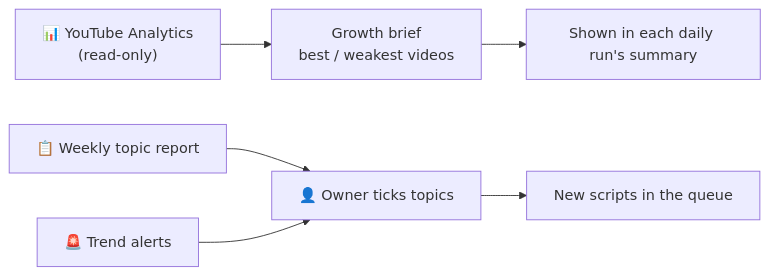
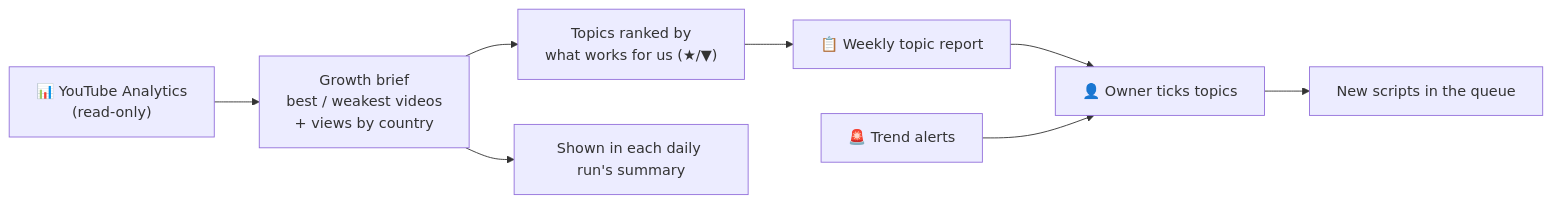
The sixth of 6 diagrams in docs/HOW_IT_WORKS.md (ambujkhanna/The-CurioKids-Club), drawn with Mermaid before and after one commit. The commit also changed other lines of this file and 4 other files, not shown here.

````diff
--- a/docs/HOW_IT_WORKS.md
+++ b/docs/HOW_IT_WORKS.md
@@ -132,8 +133,10 @@
 ```mermaid
 flowchart LR
-    YTA["📊 YouTube Analytics<br/>(read-only)"] --> GB["Growth brief<br/>best / weakest videos"]
+    YTA["📊 YouTube Analytics<br/>(read-only)"] --> GB["Growth brief<br/>best / weakest videos<br/>+ views by country"]
+    GB --> RANK["Topics ranked by<br/>what works for us (★/▼)"]
+    RANK --> RAD
     GB --> SUM["Shown in each daily run's summary"]
     RAD["📋 Weekly topic report"] --> OWN["👤 Owner ticks topics"]
     OWN --> NEW["New scripts in the queue"]
     TRN["🚨 Trend alerts"] --> OWN
 ```
````
